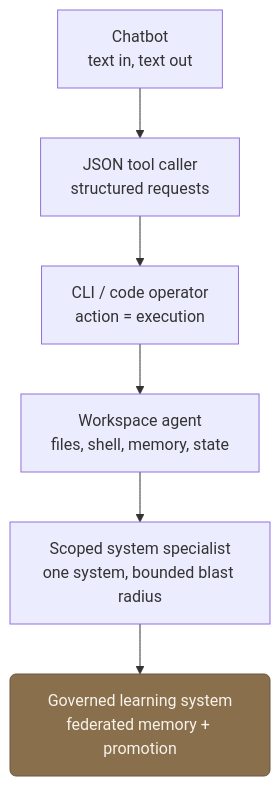
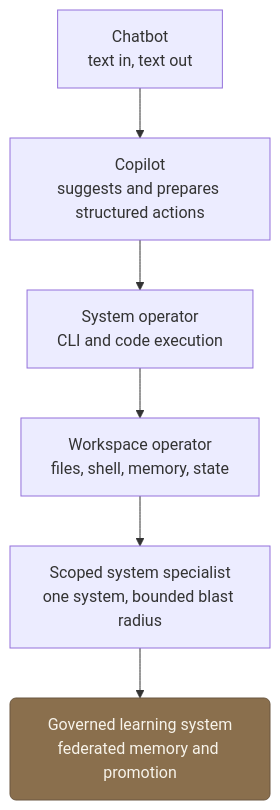
The first of 2 diagrams in content/thoughts/from-chatbots-to-system-operators.md (FVossebeld/FVossebeld.github.io), drawn with Mermaid before and after one commit. The commit also changed other lines of this file and 7 other files, not shown here.

First line of the commit message:
docs: establish a recurring visual system for enterprise-agent content (#30)

````diff
--- a/content/thoughts/from-chatbots-to-system-operators.md
+++ b/content/thoughts/from-chatbots-to-system-operators.md
@@ -64,13 +64,13 @@
 ```mermaid
 flowchart TD
-  accTitle: How agents evolve from chatbots into governed system operators
-  accDescr: A progression in six stages: chatbot, then JSON tool caller, then CLI and code operator, then workspace agent, then scoped enterprise system specialist, and finally a governed learning system.
+  accTitle: Six-stage evolution from chatbots to governed system operators
+  accDescr: A six-stage progression: Chatbot, Copilot, System operator, Workspace operator, Scoped specialist, and Governed learning system.
 
   classDef accent fill:#8a6f4d,stroke:#6b5740,color:#f7f3ea,rx:6,ry:6
 
-  A[Chatbot<br/>text in, text out] --> B[JSON tool caller<br/>structured requests]
-  B --> C[CLI / code operator<br/>action = execution]
-  C --> D[Workspace agent<br/>files, shell, memory, state]
+  A[Chatbot<br/>text in, text out] --> B[Copilot<br/>suggests and prepares structured actions]
+  B --> C[System operator<br/>CLI and code execution]
+  C --> D[Workspace operator<br/>files, shell, memory, state]
   D --> E[Scoped system specialist<br/>one system, bounded blast radius]
-  E --> F[Governed learning system<br/>federated memory + promotion]:::accent
+  E --> F[Governed learning system<br/>federated memory and promotion]:::accent
 ```
````
